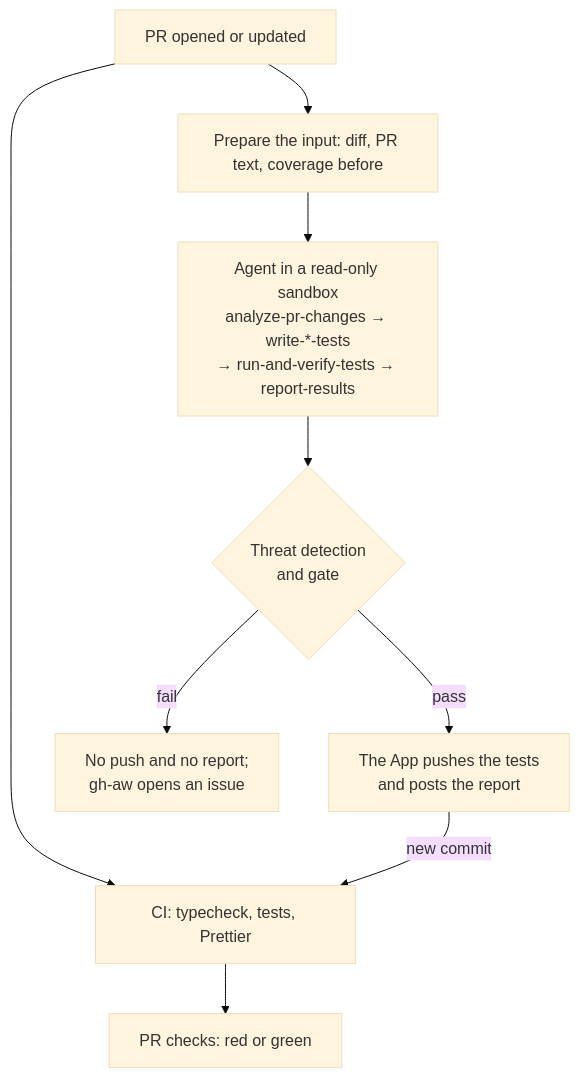
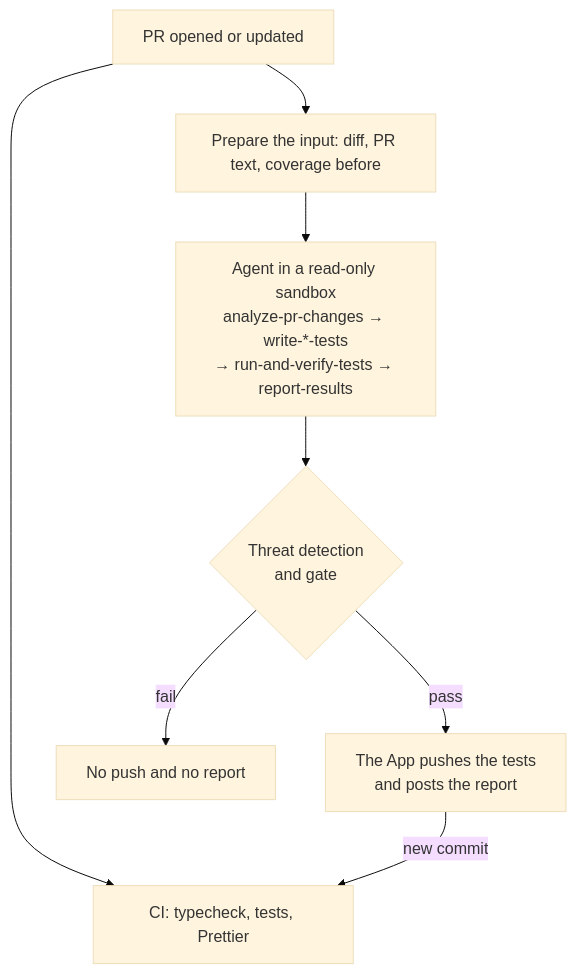
The diagram in SOLUTION.md (veraokhrimenko/taskly-unit-test-agent), drawn with Mermaid (base theme) before and after one commit. The commit also changed other lines of this file, not shown here.

````diff
--- a/SOLUTION.md
+++ b/SOLUTION.md
@@ -54,11 +50,10 @@
 ```mermaid
 flowchart TD
     PR["PR opened or updated"] --> CI["CI: typecheck, tests, Prettier"]
     PR --> P["Prepare the input: diff, PR text, coverage before"]
     P --> G["Agent in a read-only sandbox<br/>analyze-pr-changes → write-*-tests<br/>→ run-and-verify-tests → report-results"]
     G --> D{"Threat detection<br/>and gate"}
     D -- pass --> S["The App pushes the tests<br/>and posts the report"]
-    D -- fail --> X["No push and no report;<br/>gh-aw opens an issue"]
+    D -- fail --> X["No push and no report"]
     S -- new commit --> CI
-    CI --> R["PR checks: red or green"]
 ```
````
